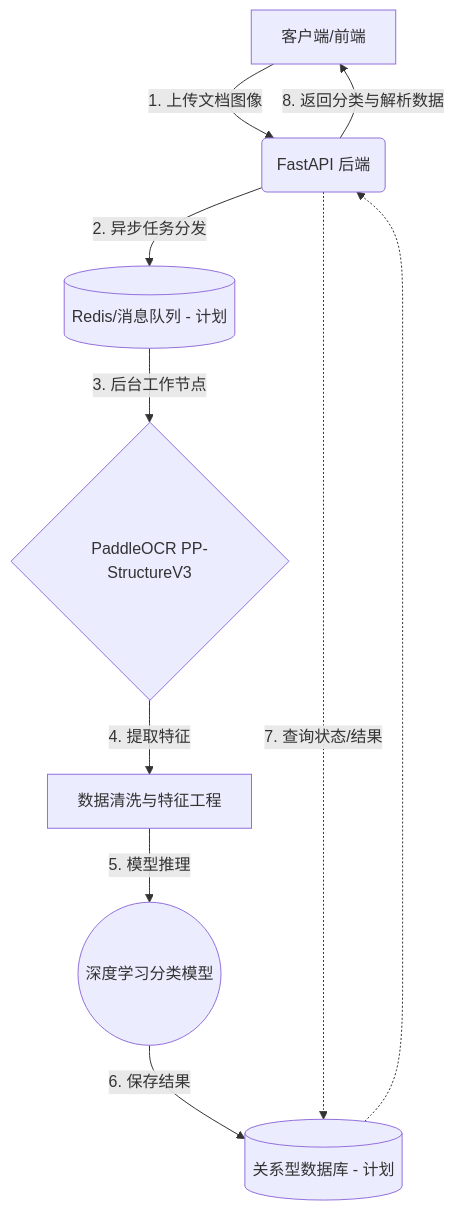
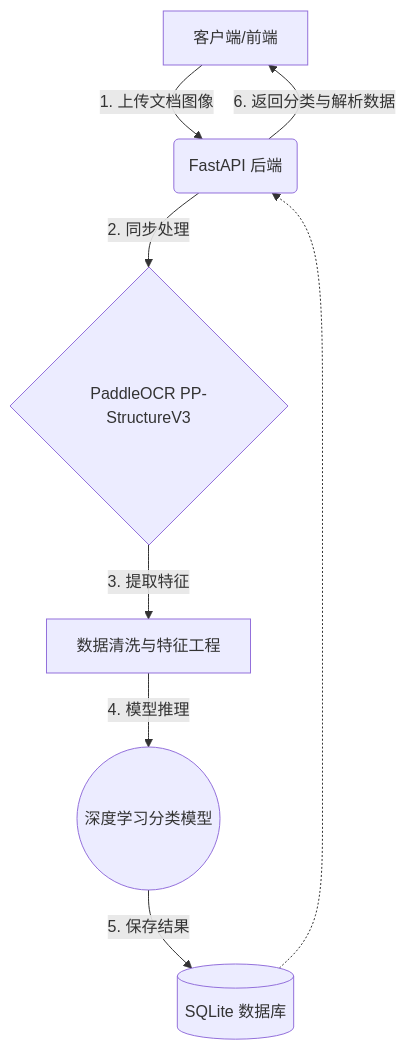
The diagram in design.md (su322/DocClassify-OCR-DL), drawn with Mermaid before and after one commit. The commit also changed other lines of this file and 43 other files, not shown here.

````diff
--- a/design.md
+++ b/design.md
@@ -6,12 +6,10 @@
 ```mermaid
 graph TD
     A[客户端/前端] -->|1. 上传文档图像| B(FastAPI 后端)
-    B -->|2. 异步任务分发| F[(Redis/消息队列 - 计划)]
-    F -->|3. 后台工作节点| C{PaddleOCR PP-StructureV3}
-    C -->|4. 提取特征| D[数据清洗与特征工程]
-    D -->|5. 模型推理| E((深度学习分类模型))
-    E -->|6. 保存结果| G[(关系型数据库 - 计划)]
-    B -.->|7. 查询状态/结果| G
+    B -->|2. 同步处理| C{PaddleOCR PP-StructureV3}
+    C -->|3. 提取特征| D[数据清洗与特征工程]
+    D -->|4. 模型推理| E((深度学习分类模型))
+    E -->|5. 保存结果| G[(SQLite 数据库)]
     G -.-> B
-    B -->|8. 返回分类与解析数据| A
+    B -->|6. 返回分类与解析数据| A
 ```
````
